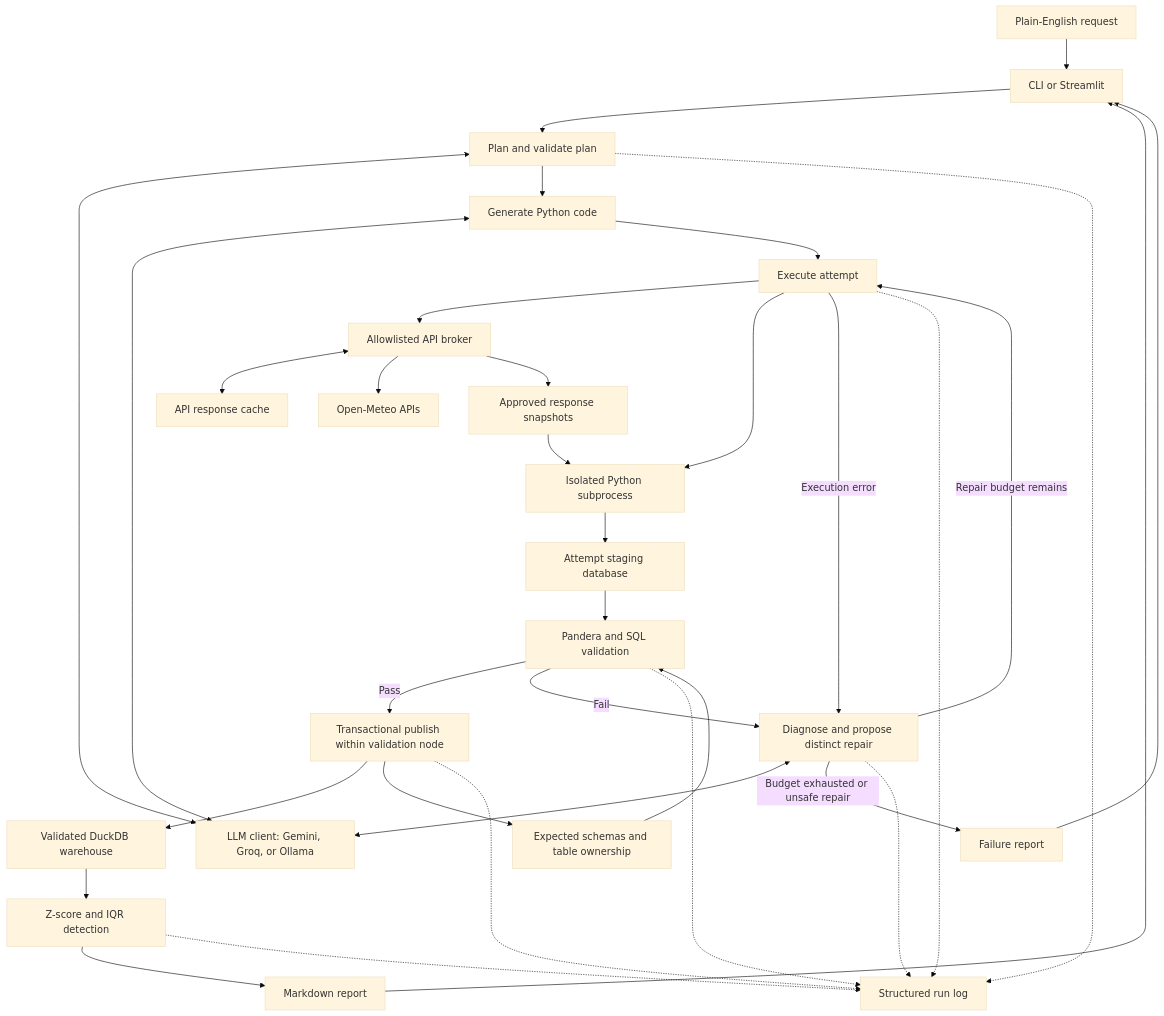
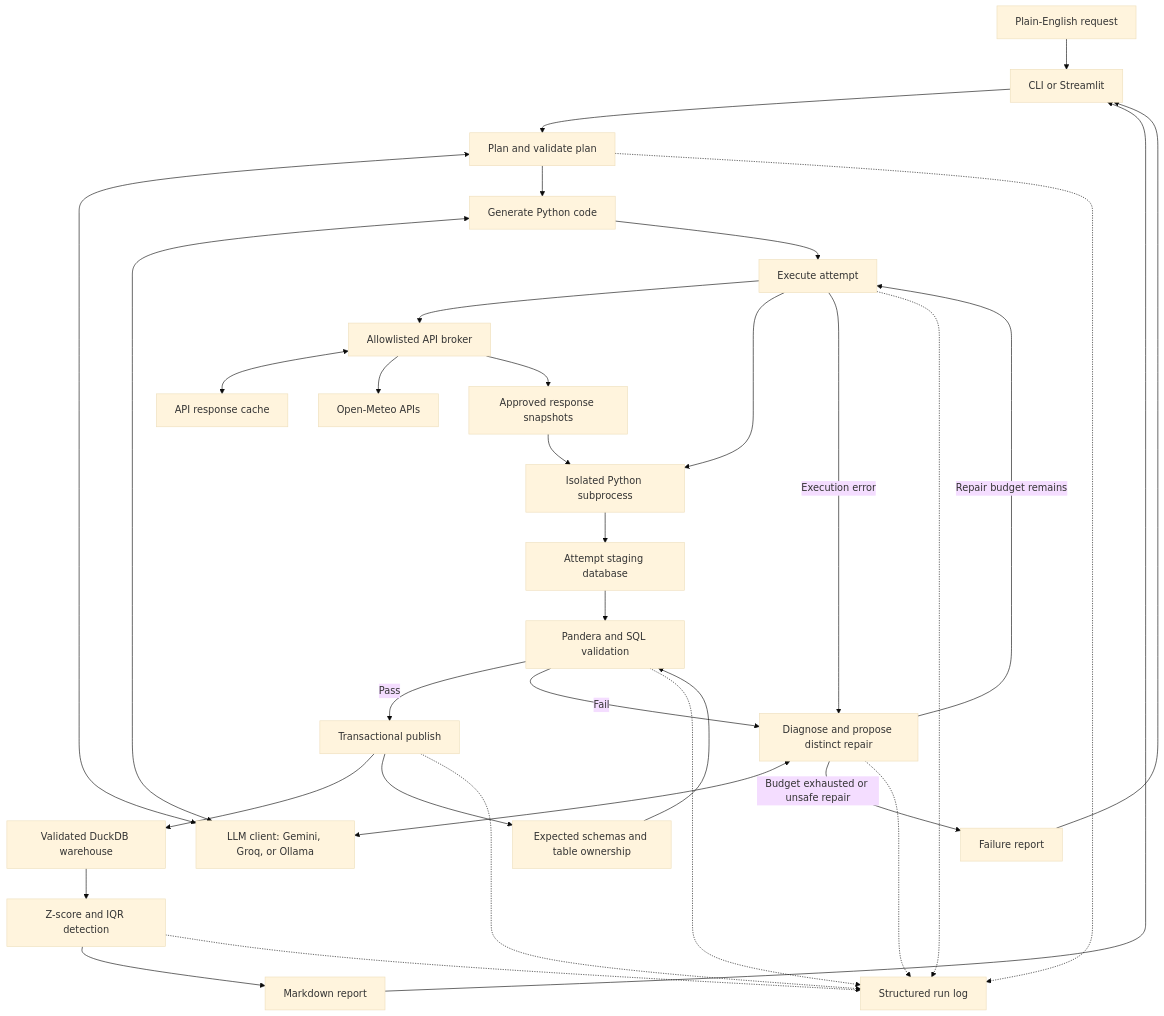
One commit to abhisheksd27/Flowpilot changed the diagram in agent-de/docs/architecture.mmd. Above: the diagram before and after it, drawn with Mermaid (base theme). The commit also changed 17 other files, not shown here.

```diff
--- a/agent-de/docs/architecture.mmd
+++ b/agent-de/docs/architecture.mmd
@@ -1,34 +1,34 @@
 flowchart TD
     USER[Plain-English request] --> ENTRY[CLI or Streamlit]
     ENTRY --> PLAN[Plan and validate plan]
     PLAN <--> LLM[LLM client: Gemini, Groq, or Ollama]
     PLAN --> CODE[Generate Python code]
     CODE <--> LLM
     CODE --> EXEC[Execute attempt]
     EXEC --> API[Allowlisted API broker]
     API <--> CACHE[API response cache]
     API --> SOURCES[Open-Meteo APIs]
     API --> INPUT[Approved response snapshots]
     EXEC --> SANDBOX[Isolated Python subprocess]
     INPUT --> SANDBOX
     SANDBOX --> STAGE[Attempt staging database]
     STAGE --> VALIDATE[Pandera and SQL validation]
     META[Expected schemas and table ownership] --> VALIDATE
-    VALIDATE -->|Pass| PUBLISH[Transactional publish within validation node]
+    VALIDATE -->|Pass| PUBLISH[Transactional publish]
     PUBLISH --> DB[Validated DuckDB warehouse]
     PUBLISH --> META
     VALIDATE -->|Fail| FIX[Diagnose and propose distinct repair]
     EXEC -->|Execution error| FIX
     FIX <--> LLM
     FIX -->|Repair budget remains| EXEC
     FIX -->|Budget exhausted or unsafe repair| FAILURE[Failure report]
     DB --> ANOMALY[Z-score and IQR detection]
     ANOMALY --> REPORT[Markdown report]
     REPORT --> ENTRY
     FAILURE --> ENTRY
     PLAN -.-> LOG[Structured run log]
     EXEC -.-> LOG
     VALIDATE -.-> LOG
     FIX -.-> LOG
     PUBLISH -.-> LOG
     ANOMALY -.-> LOG
```
